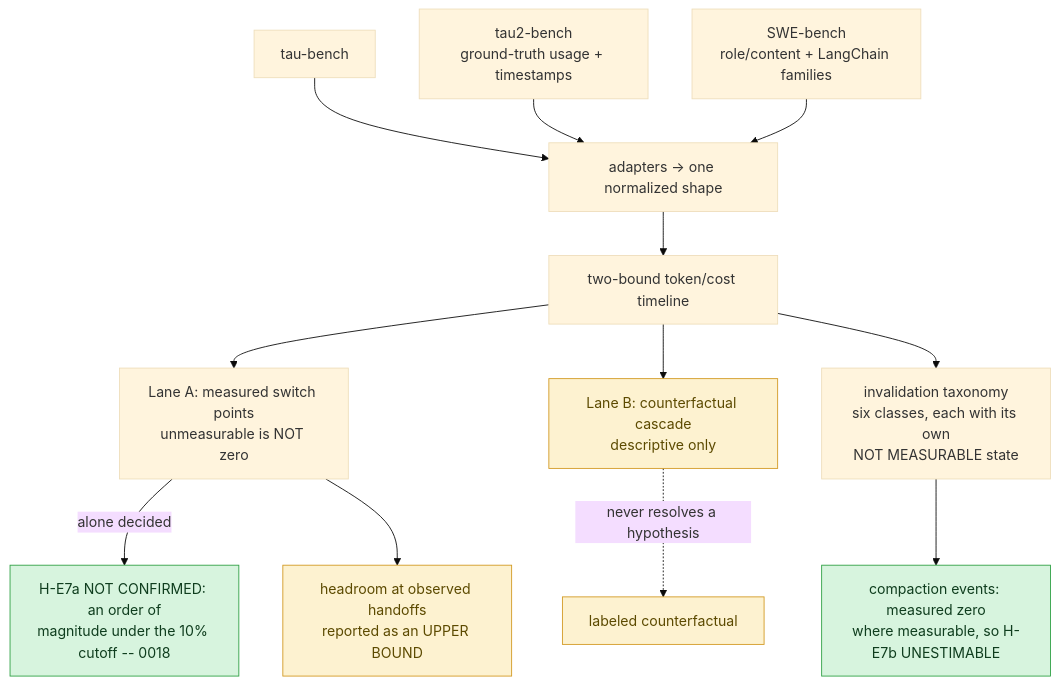
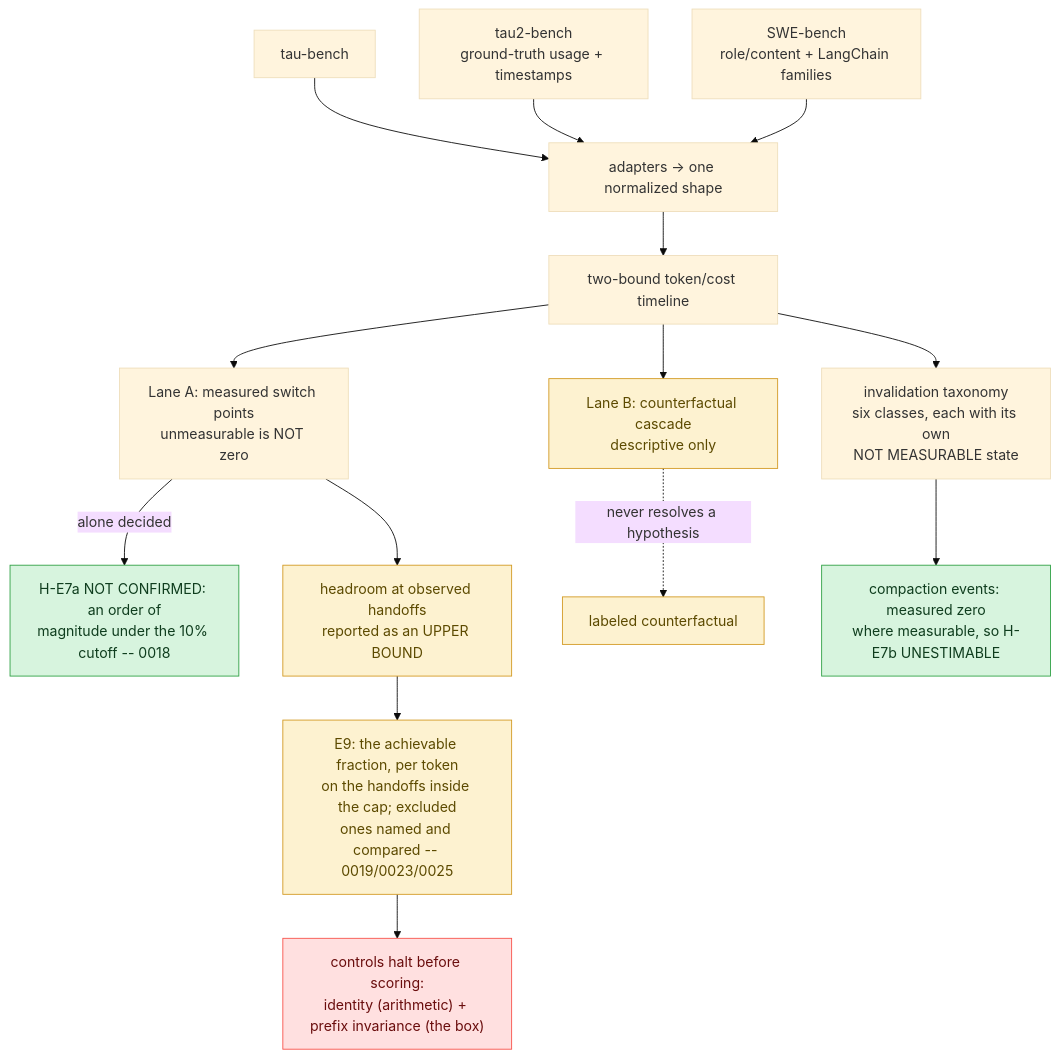
The third of 7 diagrams in README.md (hossainpazooki/linear-ceiling), drawn with Mermaid (base theme) before and after one commit. The commit also changed other lines of this file and 2 other files, not shown here.

````diff
--- a/README.md
+++ b/README.md
@@ -114,18 +128,22 @@
 ```mermaid
 flowchart TD
     T1[tau-bench] --> P[adapters -> one normalized shape]
     T2[tau2-bench<br/>ground-truth usage + timestamps] --> P
     T3[SWE-bench<br/>role/content + LangChain families] --> P
     P --> C[two-bound token/cost timeline]
     C --> A["Lane A: measured switch points<br/>unmeasurable is NOT zero"]
     C --> B["Lane B: counterfactual cascade<br/>descriptive only"]
     A -->|alone decided| HA[H-E7a NOT CONFIRMED: an order of<br/>magnitude under the 10% cutoff -- 0018]
     A --> HR[headroom at observed handoffs<br/>reported as an UPPER BOUND]
+    HR --> E9["E9: the achievable fraction, per token<br/>on the handoffs inside the cap; excluded<br/>ones named and compared -- 0019/0023/0025"]
+    E9 --> CTL["controls halt before scoring:<br/>identity (arithmetic) + prefix invariance (the box)"]
     B -.->|never resolves a hypothesis| DESC[labeled counterfactual]
     C --> TAX[invalidation taxonomy<br/>six classes, each with its own<br/>NOT MEASURABLE state]
     TAX --> CB[compaction events: measured zero<br/>where measurable, so H-E7b UNESTIMABLE]
     classDef verdict fill:#d7f4de,stroke:#2ea043,color:#0f3d1e;
     classDef bounded fill:#fdf2d0,stroke:#d29922,color:#5c4a00;
+    classDef halt fill:#ffe0e0,stroke:#f85149,color:#6a0d0d;
     class HA,CB verdict;
-    class B,HR,DESC bounded;
+    class B,HR,DESC,E9 bounded;
+    class CTL halt;
 ```
````
